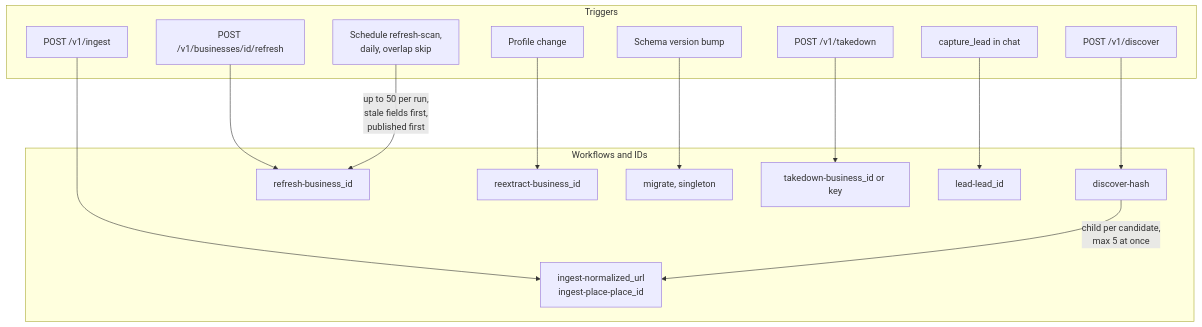
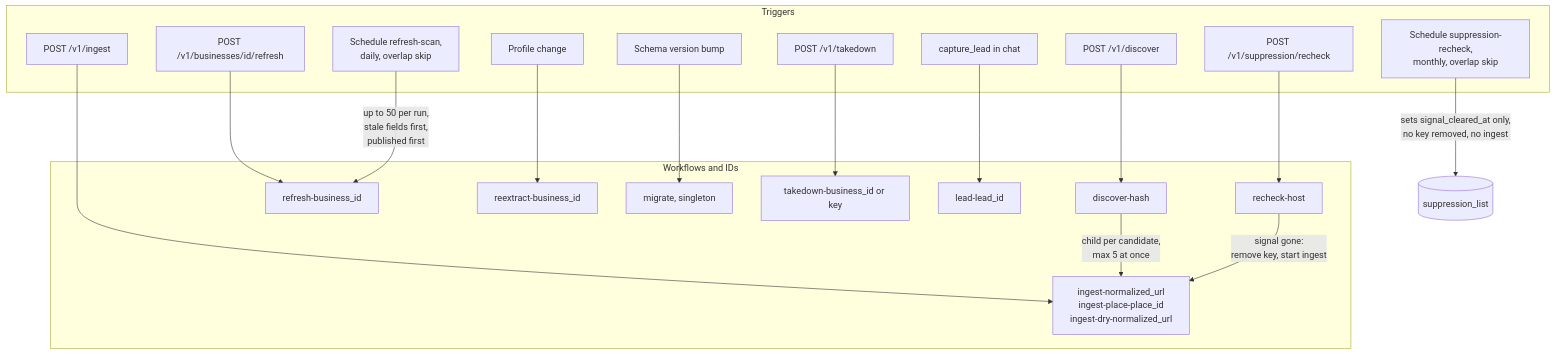
Diagram 22 of 48 in architecture_v2.md (hp94087/akira), drawn with Mermaid before and after one commit. The commit also changed other lines of this file, not shown here.

First line of the commit message:
Update architecture_v2.md to match SPEC.md

````diff
--- a/architecture_v2.md
+++ b/architecture_v2.md
@@ -810,30 +836,35 @@
 ```mermaid
 flowchart TB
   subgraph TRIG["Triggers"]
     t1["POST /v1/ingest"]
     t2["POST /v1/discover"]
     t3["POST /v1/businesses/id/refresh"]
     t4["Schedule refresh-scan,<br/>daily, overlap skip"]
     t5["Profile change"]
     t6["Schema version bump"]
     t7["POST /v1/takedown"]
     t8["capture_lead in chat"]
+    t9["POST /v1/suppression/recheck"]
+    t10["Schedule suppression-recheck,<br/>monthly, overlap skip"]
   end
   subgraph WFS["Workflows and IDs"]
-    w1["ingest-normalized_url<br/>ingest-place-place_id"]
+    w1["ingest-normalized_url<br/>ingest-place-place_id<br/>ingest-dry-normalized_url"]
     w2["discover-hash"]
     w3["refresh-business_id"]
     w4["reextract-business_id"]
     w5["migrate, singleton"]
     w6["takedown-business_id or key"]
     w7["lead-lead_id"]
+    w8["recheck-host"]
   end
   t1 --> w1
   t2 --> w2 -->|"child per candidate,<br/>max 5 at once"| w1
   t3 --> w3
   t4 -->|"up to 50 per run,<br/>stale fields first,<br/>published first"| w3
   t5 --> w4
   t6 --> w5
   t7 --> w6
   t8 --> w7
+  t9 --> w8 -->|"signal gone:<br/>remove key, start ingest"| w1
+  t10 -->|"sets signal_cleared_at only,<br/>no key removed, no ingest"| sl[("suppression_list")]
 ```
````
